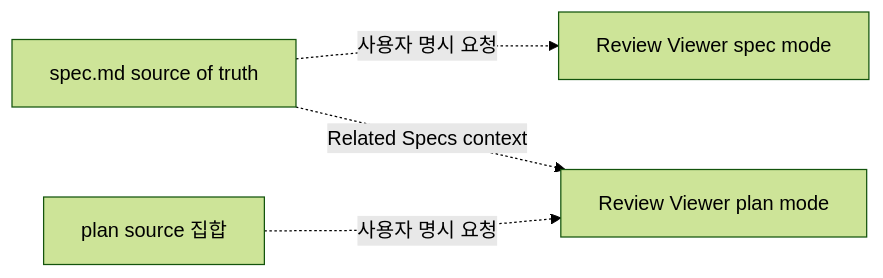
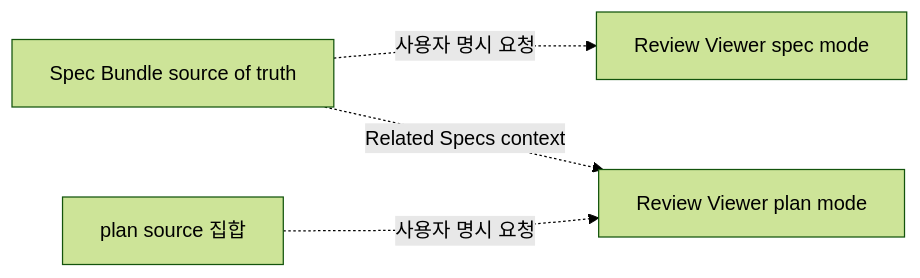
Before and after one commit to hope1026/aiagent-plugins: the second of 4 diagrams in docs/specs/008-structured-spec-pages/spec.md, drawn with Mermaid (forest theme). The commit also changed other lines of this file and 4 other files, not shown here.

Commit message:
docs(forge): approve semantic spec bundle migration

````diff
--- a/docs/specs/008-structured-spec-pages/spec.md
+++ b/docs/specs/008-structured-spec-pages/spec.md
@@ -122,6 +130,6 @@
 ```mermaid
 flowchart LR
-    S["spec.md source of truth"] -. 사용자 명시 요청 .-> R["Review Viewer spec mode"]
+    S["Spec Bundle source of truth"] -. 사용자 명시 요청 .-> R["Review Viewer spec mode"]
     L["plan source 집합"] -. 사용자 명시 요청 .-> V["Review Viewer plan mode"]
     S -. Related Specs context .-> V
 ```
````
